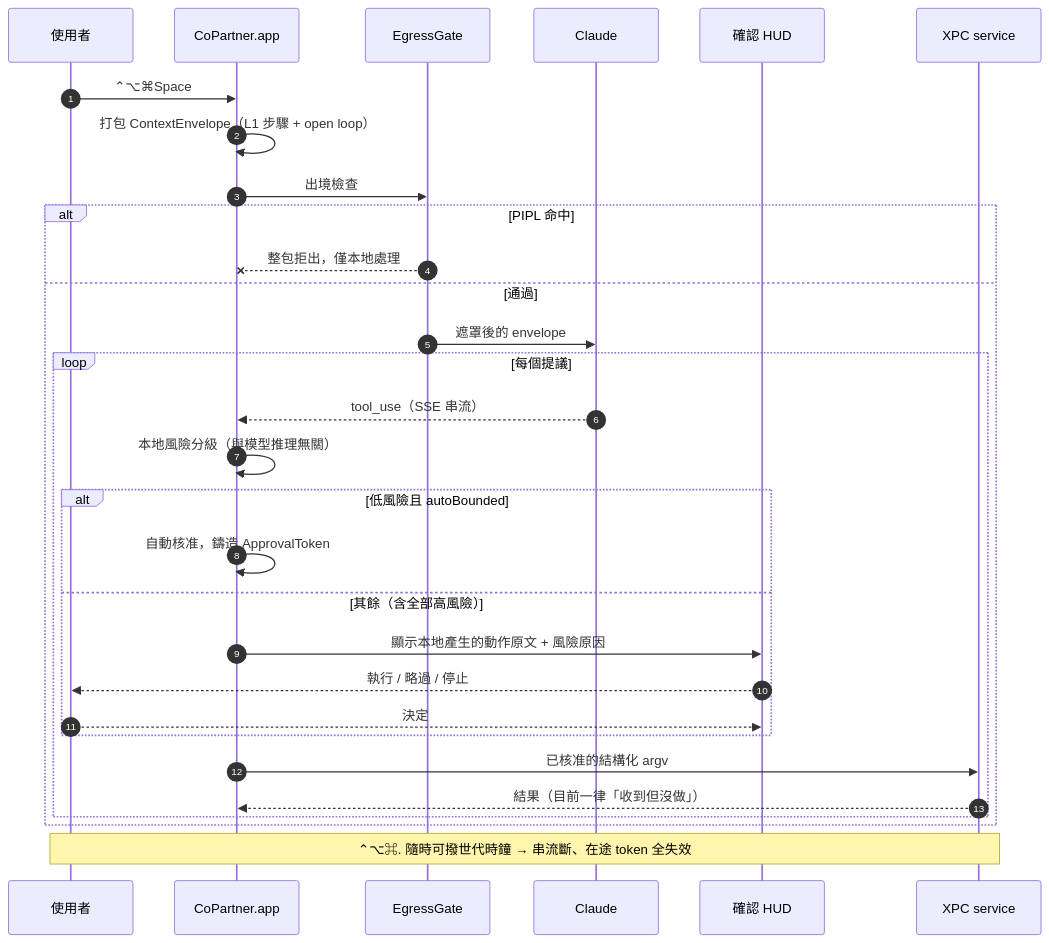
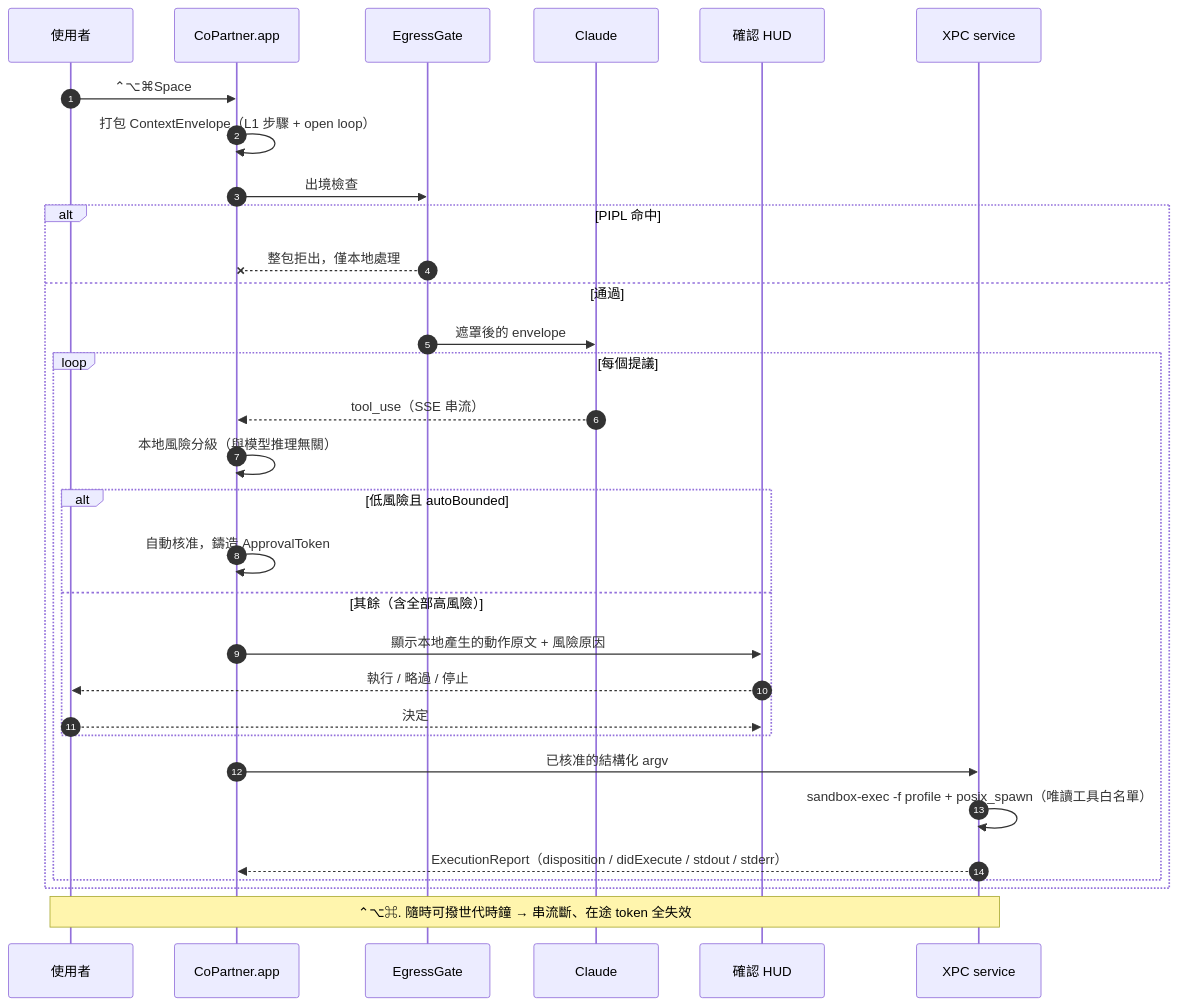
One commit to pcpcchen-coder/CoPartner changed the second of 3 diagrams in docs/architecture/data-flow.md. Above: the diagram before and after it, drawn with Mermaid. The commit also changed other lines of this file and 9 other files, not shown here.

````diff
--- a/docs/architecture/data-flow.md
+++ b/docs/architecture/data-flow.md
@@ -32,33 +32,34 @@
 ```mermaid
 sequenceDiagram
     autonumber
     participant U as 使用者
     participant App as CoPartner.app
     participant Gate as EgressGate
     participant C as Claude
     participant HUD as 確認 HUD
     participant X as XPC service
 
     U->>App: ⌃⌥⌘Space
     App->>App: 打包 ContextEnvelope（L1 步驟 + open loop）
     App->>Gate: 出境檢查
     alt PIPL 命中
         Gate--xApp: 整包拒出，僅本地處理
     else 通過
         Gate->>C: 遮罩後的 envelope
         loop 每個提議
             C-->>App: tool_use（SSE 串流）
             App->>App: 本地風險分級（與模型推理無關）
             alt 低風險且 autoBounded
                 App->>App: 自動核准，鑄造 ApprovalToken
             else 其餘（含全部高風險）
                 App->>HUD: 顯示本地產生的動作原文 + 風險原因
                 HUD-->>U: 執行 / 略過 / 停止
                 U-->>HUD: 決定
             end
             App->>X: 已核准的結構化 argv
-            X-->>App: 結果（目前一律「收到但沒做」）
+            X->>X: sandbox-exec -f profile + posix_spawn（唯讀工具白名單）
+            X-->>App: ExecutionReport（disposition / didExecute / stdout / stderr）
         end
     end
     Note over U,X: ⌃⌥⌘. 隨時可撥世代時鐘 → 串流斷、在途 token 全失效
 ```
````
